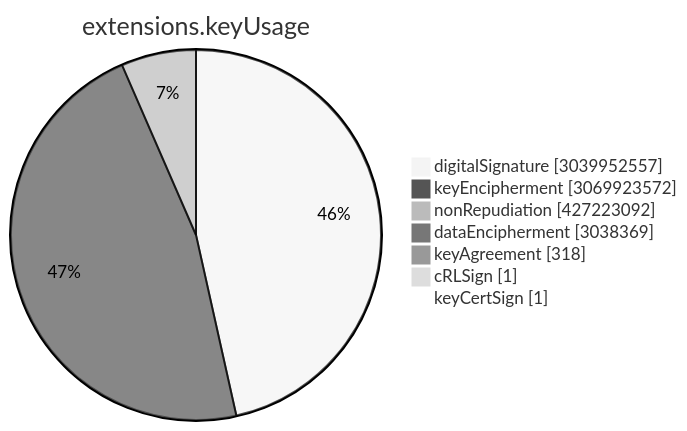
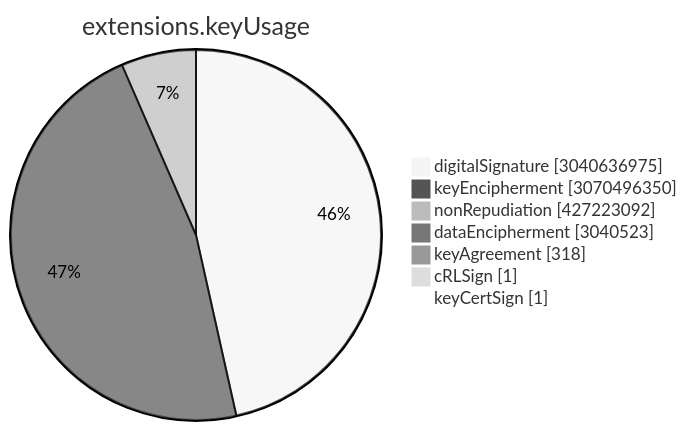
Before and after one commit to christiankrug/ctmonitor_visualization: the sixth of 15 diagrams in TOTAL/README.md, drawn with Mermaid (neutral theme). The commit also changed other lines of this file, not shown here.

````diff
--- a/TOTAL/README.md
+++ b/TOTAL/README.md
@@ -3075,11 +3075,11 @@
 ```mermaid
 pie showData
 title extensions.keyUsage
-"digitalSignature" :3039952557
-"keyEncipherment" :3069923572
+"digitalSignature" :3040636975
+"keyEncipherment" :3070496350
 "nonRepudiation" :427223092
-"dataEncipherment" :3038369
+"dataEncipherment" :3040523
 "keyAgreement" :318
 "cRLSign" :1
 "keyCertSign" :1
 ```
````
